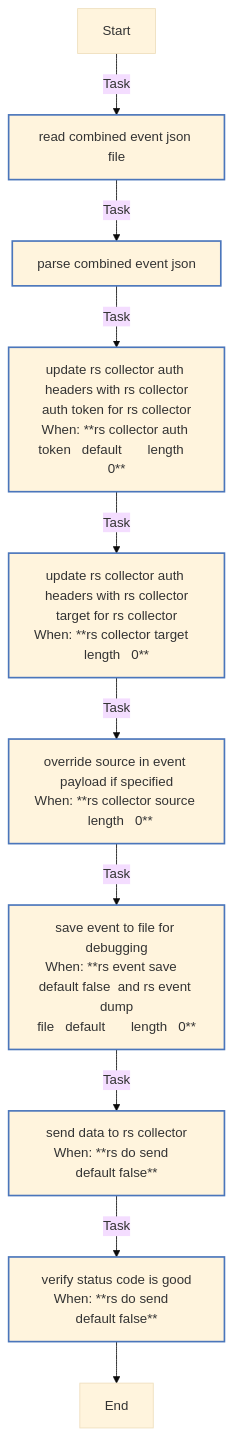
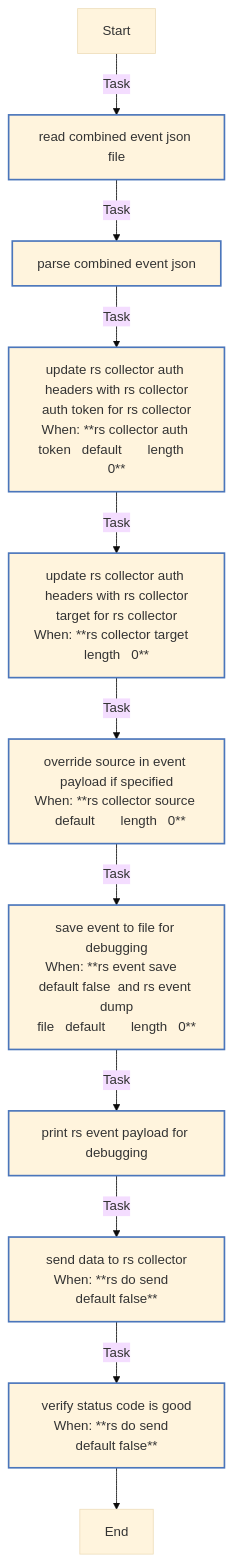
One commit to mvk/eco-ci-cd changed the third of 3 diagrams in playbooks/infra/reporting/roles/report_send/README.md. Above: the diagram before and after it, drawn with Mermaid (base theme). The commit also changed other lines of this file and 1 other file, not shown here.

First line of the commit message:
ROLE: update role `report_send`

````diff
--- a/playbooks/infra/reporting/roles/report_send/README.md
+++ b/playbooks/infra/reporting/roles/report_send/README.md
@@ -209,22 +167,23 @@
 ```mermaid
 flowchart TD
 Start
 classDef block stroke:#3498db,stroke-width:2px;
 classDef task stroke:#4b76bb,stroke-width:2px;
 classDef includeTasks stroke:#16a085,stroke-width:2px;
 classDef importTasks stroke:#34495e,stroke-width:2px;
 classDef includeRole stroke:#2980b9,stroke-width:2px;
 classDef importRole stroke:#699ba7,stroke-width:2px;
 classDef includeVars stroke:#8e44ad,stroke-width:2px;
 classDef rescue stroke:#665352,stroke-width:2px;
 
   Start-->|Task| Read_combined_event_JSON_file0[read combined event json file]:::task
   Read_combined_event_JSON_file0-->|Task| Parse_combined_event_JSON1[parse combined event json]:::task
   Parse_combined_event_JSON1-->|Task| Update_rs_collector_auth_headers_with_rs_collector_auth_token_for_rs_collector2[update rs collector auth headers with rs collector<br>auth token for rs collector<br>When: **rs collector auth token   default       length   0**]:::task
   Update_rs_collector_auth_headers_with_rs_collector_auth_token_for_rs_collector2-->|Task| Update_rs_collector_auth_headers_with_rs_collector_target_for_rs_collector3[update rs collector auth headers with rs collector<br>target for rs collector<br>When: **rs collector target   length   0**]:::task
-  Update_rs_collector_auth_headers_with_rs_collector_target_for_rs_collector3-->|Task| Override_source_in_event_payload_if_specified4[override source in event payload if specified<br>When: **rs collector source   length   0**]:::task
+  Update_rs_collector_auth_headers_with_rs_collector_target_for_rs_collector3-->|Task| Override_source_in_event_payload_if_specified4[override source in event payload if specified<br>When: **rs collector source   default       length   0**]:::task
   Override_source_in_event_payload_if_specified4-->|Task| Save_event_to_file_for_debugging5[save event to file for debugging<br>When: **rs event save   default false  and rs event dump<br>file   default       length   0**]:::task
-  Save_event_to_file_for_debugging5-->|Task| Send_data_to_rs_collector6[send data to rs collector<br>When: **rs do send   default false**]:::task
-  Send_data_to_rs_collector6-->|Task| Verify_status_code_is_good7[verify status code is good<br>When: **rs do send   default false**]:::task
-  Verify_status_code_is_good7-->End
+  Save_event_to_file_for_debugging5-->|Task| Print_rs_event_payload_for_debugging6[print rs event payload for debugging]:::task
+  Print_rs_event_payload_for_debugging6-->|Task| Send_data_to_rs_collector7[send data to rs collector<br>When: **rs do send   default false**]:::task
+  Send_data_to_rs_collector7-->|Task| Verify_status_code_is_good8[verify status code is good<br>When: **rs do send   default false**]:::task
+  Verify_status_code_is_good8-->End
 ```
````
